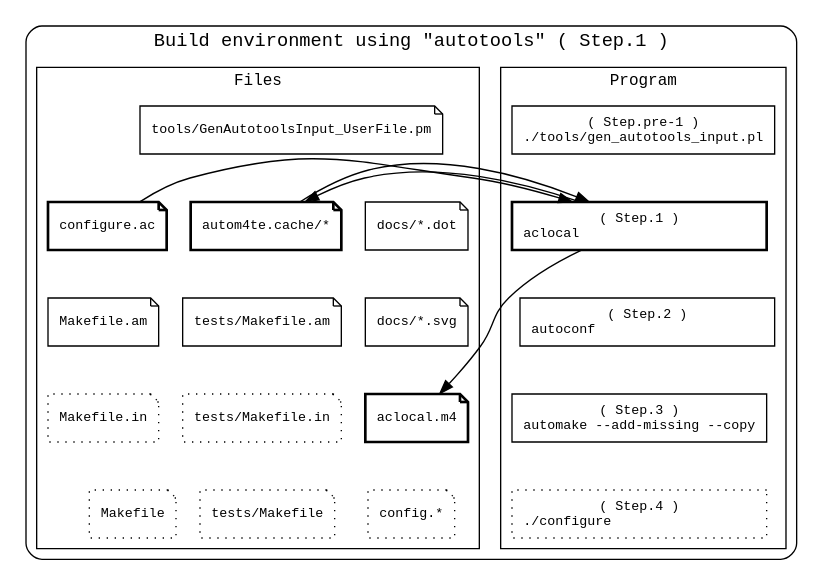
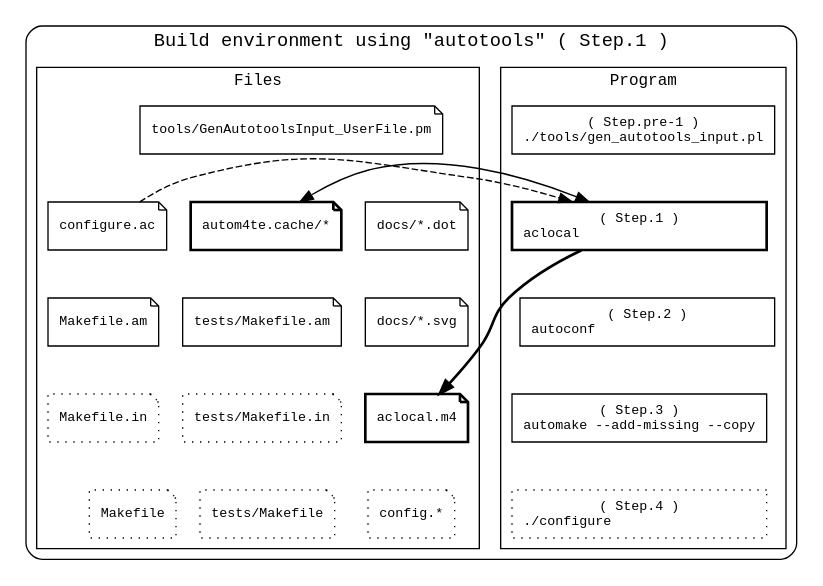
Before and after one commit to tomyama-code/tomyama_script_collection: the diagram in docs/img/devel_step_1_1.dot, drawn with Graphviz. The commit also changed 36 other files, not shown here.

```diff
--- a/docs/img/devel_step_1_1.dot
+++ b/docs/img/devel_step_1_1.dot
@@ -1,86 +1,87 @@
 // File: docs/devel_step_0.dot
 // Author: tomyama
 // Purpose: Development workflow diagram
 
 digraph physical_directory_structure {
     newrank=true
     constraint=false
 
     // 全体に等幅フォントを適用
     //   ex) "monospace", "Courier", "Courier New", "Consolas", "Monaco"
     graph [fontname="monospace"]
     node  [fontname="monospace", fontsize=10, penwidth=1]
     edge  [fontname="monospace"]
 
     // 図全体を囲うクラスタ
     subgraph cluster_all {
 
         label = "Build environment using \"autotools\" ( Step.1 )"
         style = "rounded"   // 角を丸くする
         color = "black"     // 枠線の色
         penwidth = 1        // 枠線の太さ
 
         // プログラム
         subgraph cluster_program {
             label = "Program"
             style = "solid"
             penwidth = 1        // 枠線の太さ
             fontsize=12
             {
                 edge [style=invis];
                 program01 -> program02 -> program03 -> program04 -> program05
             }
             program01 [shape=box, style=solid , label="( Step.pre-1 )\n./tools/gen_autotools_input.pl"]
             program02 [shape=box, style=solid , label="( Step.1 )\naclocal                      ", penwidth=2]
             program03 [shape=box, style=solid , label="( Step.2 )\nautoconf                     "]
             program04 [shape=box, style=solid , label="( Step.3 )\nautomake --add-missing --copy"]
             program05 [shape=box, style=dotted, label="( Step.4 )\n./configure                  "]
         }
 
         // ファイル
         subgraph cluster_file {
             label = "Files"
             style = "solid"
             penwidth = 1        // 枠線の太さ
             fontsize=12
             {
                 edge [style=invis];
                 file13 -> file01 -> file02 -> file03 -> file04
                 file13 -> file05 -> file06 -> file07 -> file08
                 file13 -> file09 -> file10 -> file11 -> file12
             }
 
             file13 [shape=note, style=solid , label="tools/GenAutotoolsInput_UserFile.pm"]
             file01 [shape=note, style=solid , label="docs/*.dot"]
             file02 [shape=note, style=solid , label="docs/*.svg"]
             file03 [shape=note, style=solid , label="aclocal.m4", penwidth=2]
             file04 [shape=note, style=dotted, label="config.*"]
-            file05 [shape=note, style=solid , label="configure.ac", penwidth=2]
+            file05 [shape=note, style=solid , label="configure.ac"]
             file06 [shape=note, style=solid , label="Makefile.am"]
             file07 [shape=note, style=dotted, label="Makefile.in"]
             file08 [shape=note, style=dotted, label="Makefile"]
             file09 [shape=note, style=solid , label="autom4te.cache/*", penwidth=2]
             file10 [shape=note, style=solid , label="tests/Makefile.am"]
             file11 [shape=note, style=dotted, label="tests/Makefile.in"]
             file12 [shape=note, style=dotted, label="tests/Makefile"]
         }
 
         {
             edge [style=invis];
             file13 -> program01
             file01 -> file05 -> file09 -> program02
             file02 -> file06 -> file10 -> program03
             file03 -> file07 -> file11 -> program04
             file04 -> file08 -> file12 -> program05
         }
         {rank=same; program01; file13}
         {rank=same; program02; file01; file05; file09}
         {rank=same; program03; file02; file06; file10}
         {rank=same; program04; file03; file07; file11}
         {rank=same; program05; file04; file08; file12}
 
         // スクリプトとドキュメントの関係
-        file05 -> program02 -> file03
-        file09 -> program02 -> file09
+        file05 -> program02 [style=dashed]
+        file09 -> program02 [dir=both]
+        program02 -> file03 [style=bold]
     }
 }
```
